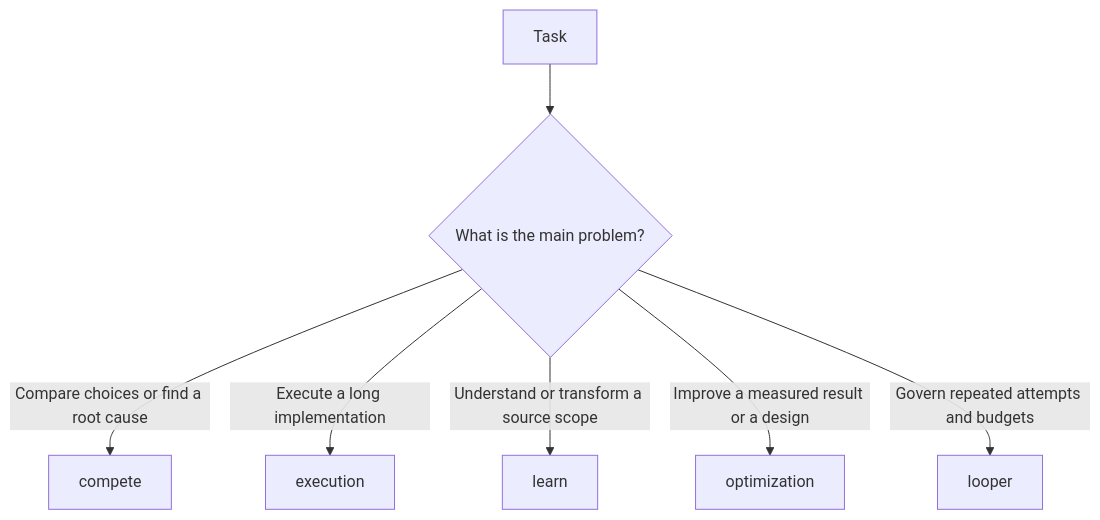
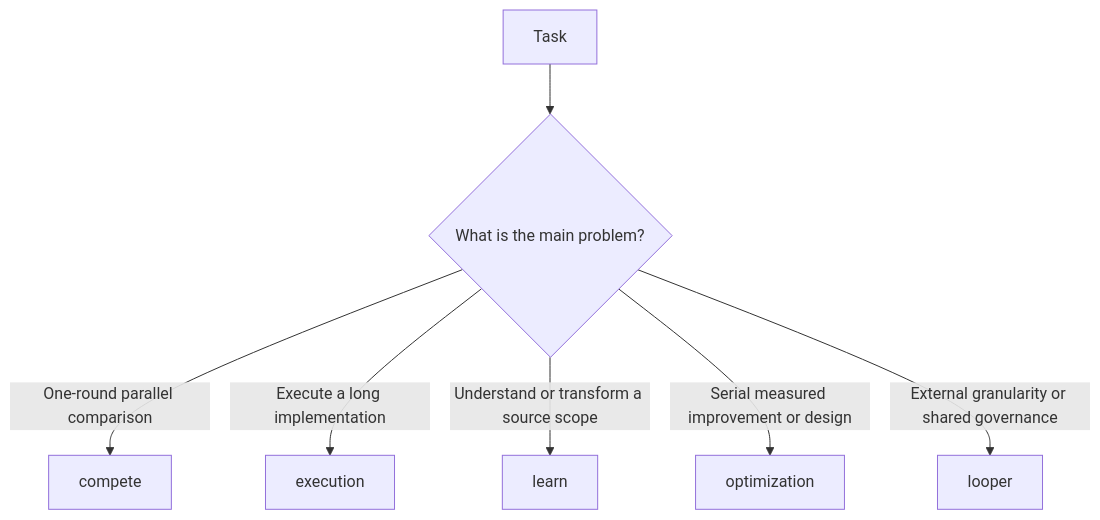
The diagram in docs/skill-selection.md (0xenzyme/b3ehive), drawn with Mermaid before and after one commit. The commit also changed other lines of this file and 25 other files, not shown here.

Commit message:
docs: clarify comparison and loop granularity

````diff
--- a/docs/skill-selection.md
+++ b/docs/skill-selection.md
@@ -9,9 +9,9 @@
 ```mermaid
 flowchart TD
     A[Task] --> B{What is the main problem?}
-    B -->|Compare choices or find a root cause| C[compete]
+    B -->|One-round parallel comparison| C[compete]
     B -->|Execute a long implementation| D[execution]
     B -->|Understand or transform a source scope| E[learn]
-    B -->|Improve a measured result or a design| F[optimization]
-    B -->|Govern repeated attempts and budgets| G[looper]
+    B -->|Serial measured improvement or design| F[optimization]
+    B -->|External granularity or shared governance| G[looper]
 ```
````
